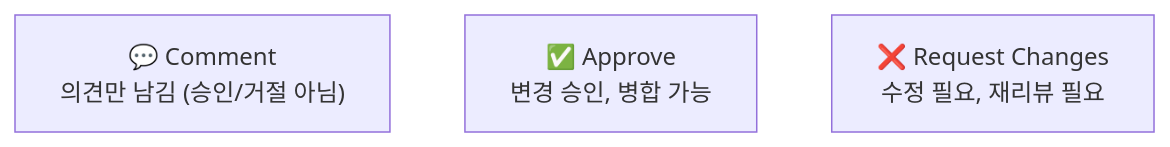
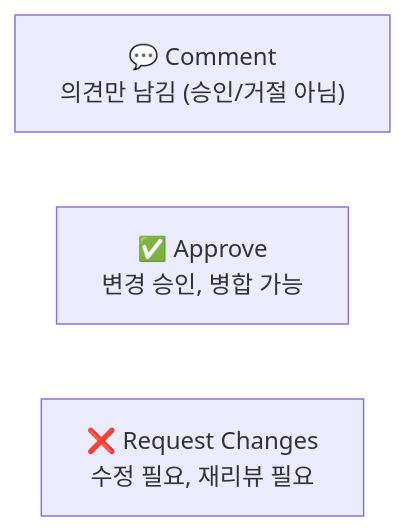
The second of 3 diagrams in 06_GitHub/02_Pull_Request.md (jingu279/Document), drawn with Mermaid before and after one commit. The commit also changed other lines of this file and 16 other files, not shown here.

Commit message:
Fix all Mermaid rendering issues (subgraph-to-subgraph, unconnected nodes, reserved names, dashes)

````diff
--- a/06_GitHub/02_Pull_Request.md
+++ b/06_GitHub/02_Pull_Request.md
@@ -113,6 +113,6 @@
 ```mermaid
-flowchart TB
+flowchart LR
   Comment["💬 Comment<br/>의견만 남김 (승인/거절 아님)"]
   Approve["✅ Approve<br/>변경 승인, 병합 가능"]
   RequestChanges["❌ Request Changes<br/>수정 필요, 재리뷰 필요"]
 ```
````
